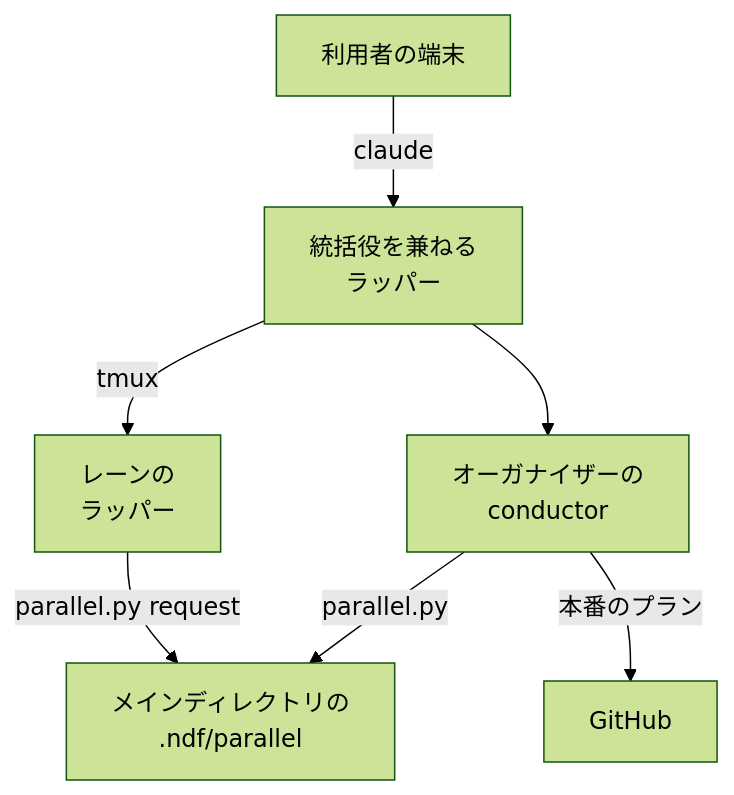
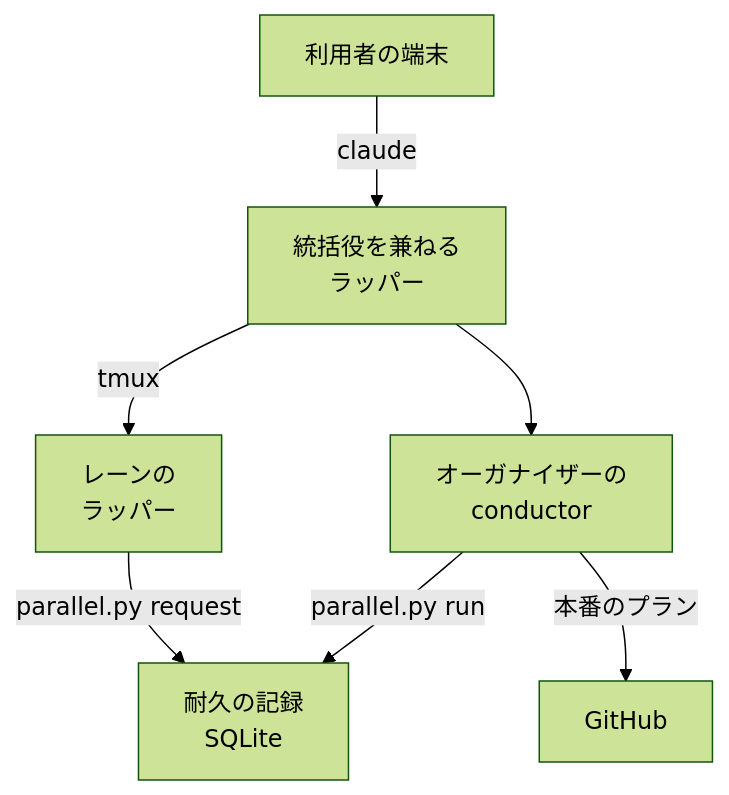
The second of 7 diagrams in issues/issue-2436-design.md (devbasex/ai-plugins), drawn with Mermaid (forest theme) before and after one commit. The commit also changed other lines of this file and 4 other files, not shown here.

````diff
--- a/issues/issue-2436-design.md
+++ b/issues/issue-2436-design.md
@@ -182,9 +213,9 @@
 ```mermaid
 graph TD
     U[利用者の端末] -->|claude| H[統括役を兼ねる<br/>ラッパー]
     H --> O[オーガナイザーの<br/>conductor]
     H -->|tmux| L1[レーンの<br/>ラッパー]
-    O -->|parallel.py| F[メインディレクトリの<br/>.ndf/parallel]
-    L1 -->|parallel.py request| F
+    O -->|parallel.py run| D[耐久の記録<br/>SQLite]
+    L1 -->|parallel.py request| D
     O -->|本番のプラン| G[GitHub]
 ```
````
